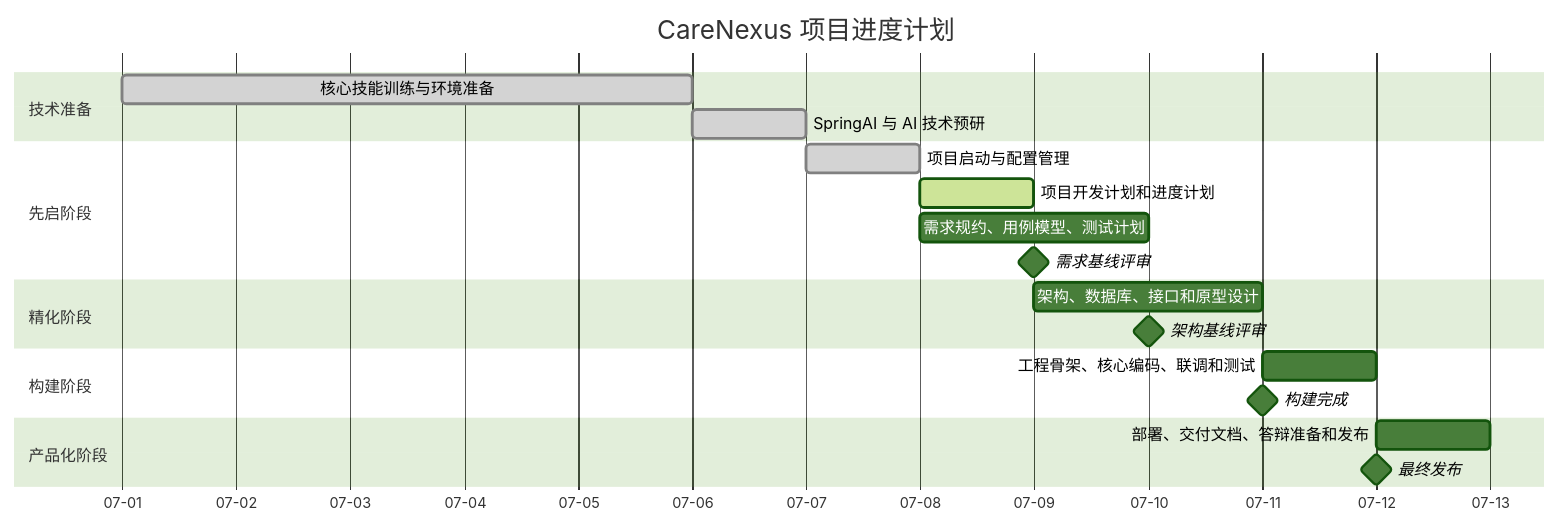
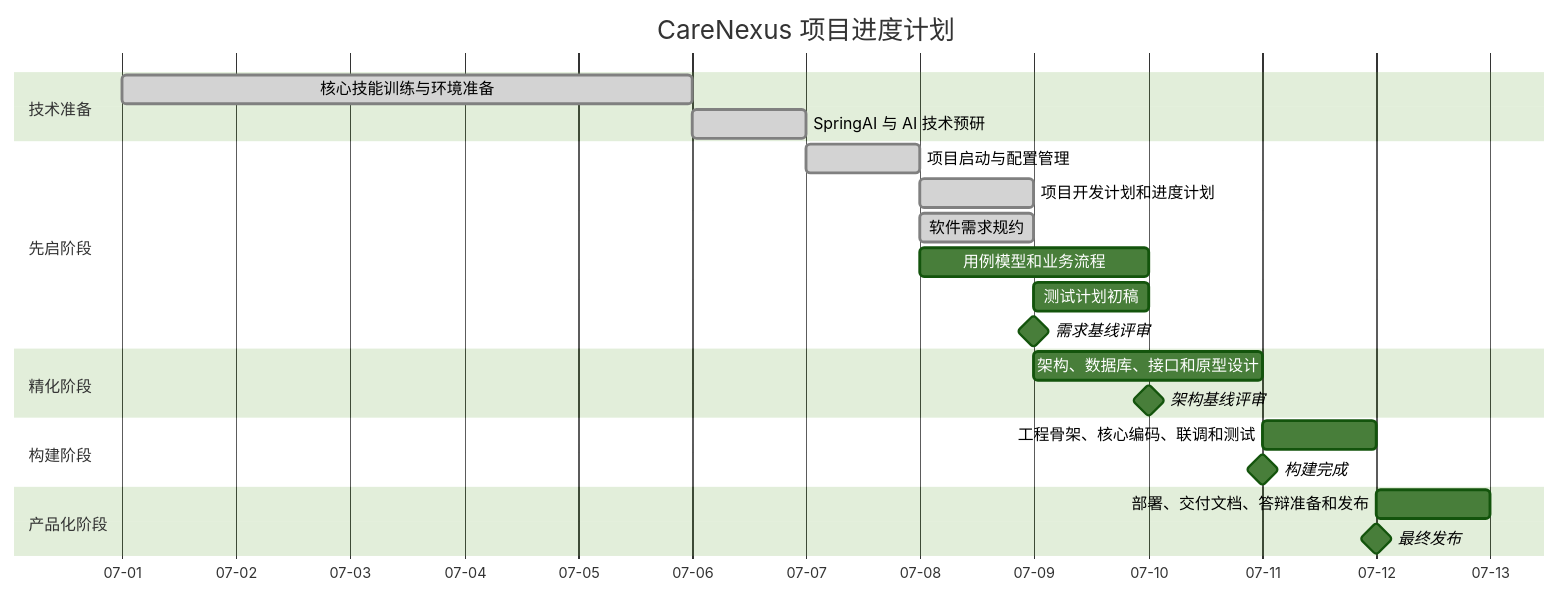
The diagram in docs/plans/项目进度计划.md (thesantaana/Care-Nexus), drawn with Mermaid (forest theme) before and after one commit. The commit also changed other lines of this file and 5 other files, not shown here.

````diff
--- a/docs/plans/项目进度计划.md
+++ b/docs/plans/项目进度计划.md
@@ -99,28 +99,30 @@
 ```mermaid
 gantt
     title CareNexus 项目进度计划
     dateFormat  YYYY-MM-DD
     axisFormat  %m-%d
 
     section 技术准备
     核心技能训练与环境准备 :done, prep1, 2026-07-01, 5d
     SpringAI 与 AI 技术预研 :done, prep2, 2026-07-06, 1d
 
     section 先启阶段
     项目启动与配置管理 :done, inc1, 2026-07-07, 1d
-    项目开发计划和进度计划 :active, inc2, 2026-07-08, 1d
-    需求规约、用例模型、测试计划 :inc3, 2026-07-08, 2d
+    项目开发计划和进度计划 :done, inc2, 2026-07-08, 1d
+    软件需求规约 :done, inc3, 2026-07-08, 1d
+    用例模型和业务流程 :inc4, 2026-07-08, 2d
+    测试计划初稿 :inc5, 2026-07-09, 1d
     需求基线评审 :milestone, m1, 2026-07-09, 0d
 
     section 精化阶段
     架构、数据库、接口和原型设计 :ela1, 2026-07-09, 2d
     架构基线评审 :milestone, m2, 2026-07-10, 0d
 
     section 构建阶段
     工程骨架、核心编码、联调和测试 :con1, 2026-07-11, 1d
     构建完成 :milestone, m3, 2026-07-11, 0d
 
     section 产品化阶段
     部署、交付文档、答辩准备和发布 :tra1, 2026-07-12, 1d
     最终发布 :milestone, m4, 2026-07-12, 0d
 ```
````
